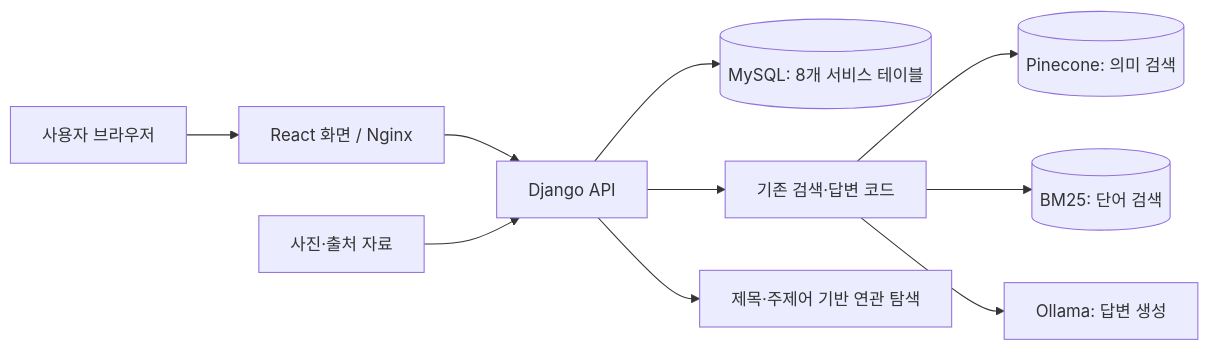
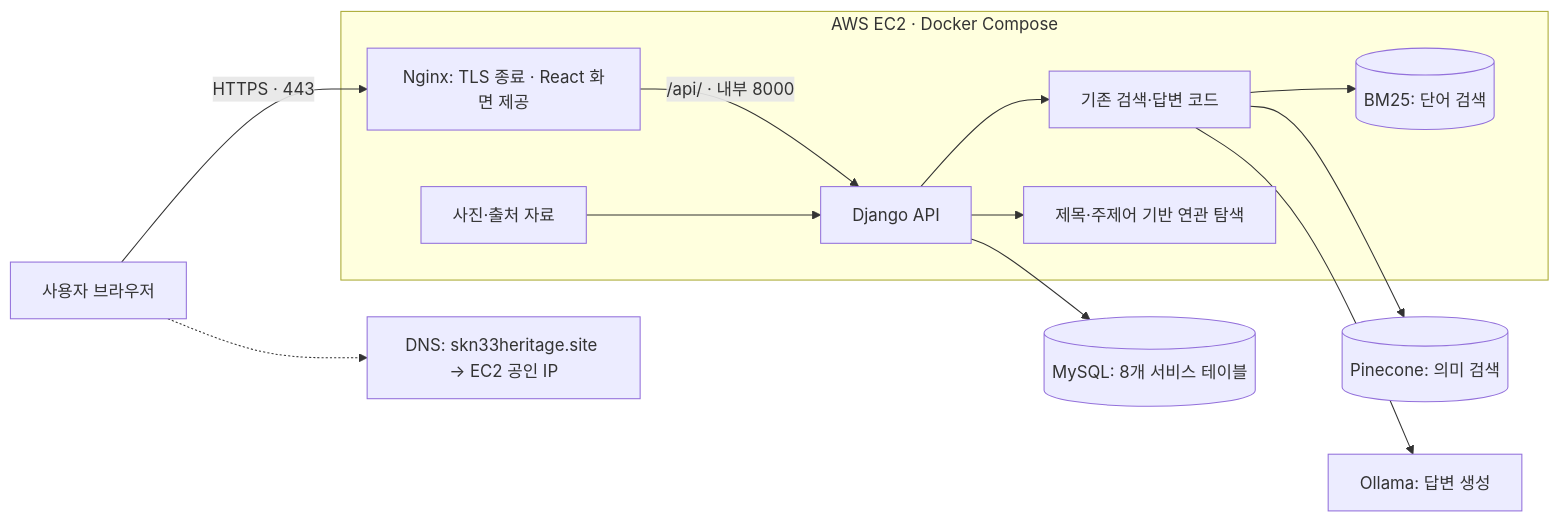
The second of 2 diagrams in README.md (SpicyAutumn/SKN33-4th-1Team), drawn with Mermaid before and after one commit. The commit also changed other lines of this file and 1 other file, not shown here.

Commit message:
docs: add AWS and domain routing to system architecture

````diff
--- a/README.md
+++ b/README.md
@@ -61,12 +61,15 @@
 ```mermaid
 flowchart LR
-    U["사용자 브라우저"] --> W["React 화면 / Nginx"]
-    W --> A["Django API"]
-    A --> DB[("MySQL: 8개 서비스 테이블")]
+    U["사용자 브라우저"] -.-> DNS["DNS: skn33heritage.site → EC2 공인 IP"]
+    U -->|"HTTPS · 443"| W
+    subgraph EC2["AWS EC2 · Docker Compose"]
+    W["Nginx: TLS 종료 · React 화면 제공"] -->|"/api/ · 내부 8000"| A["Django API"]
     A --> R["기존 검색·답변 코드"]
-    R --> V[("Pinecone: 의미 검색")]
     R --> K[("BM25: 단어 검색")]
-    R --> L["Ollama: 답변 생성"]
     M["사진·출처 자료"] --> A
     A --> N["제목·주제어 기반 연관 탐색"]
+    end
+    A --> DB[("MySQL: 8개 서비스 테이블")]
+    R --> V[("Pinecone: 의미 검색")]
+    R --> L["Ollama: 답변 생성"]
 ```
````
